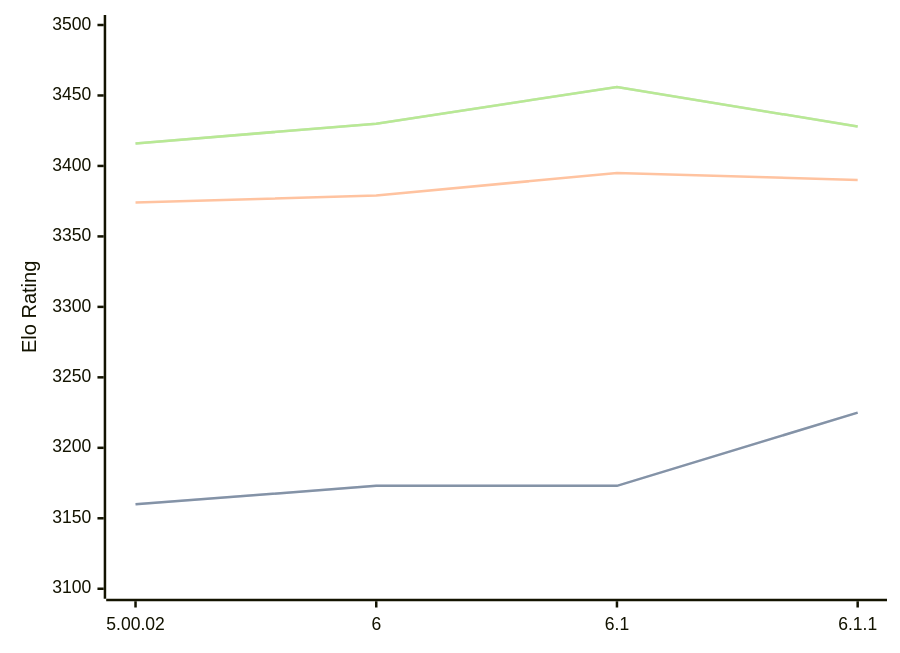
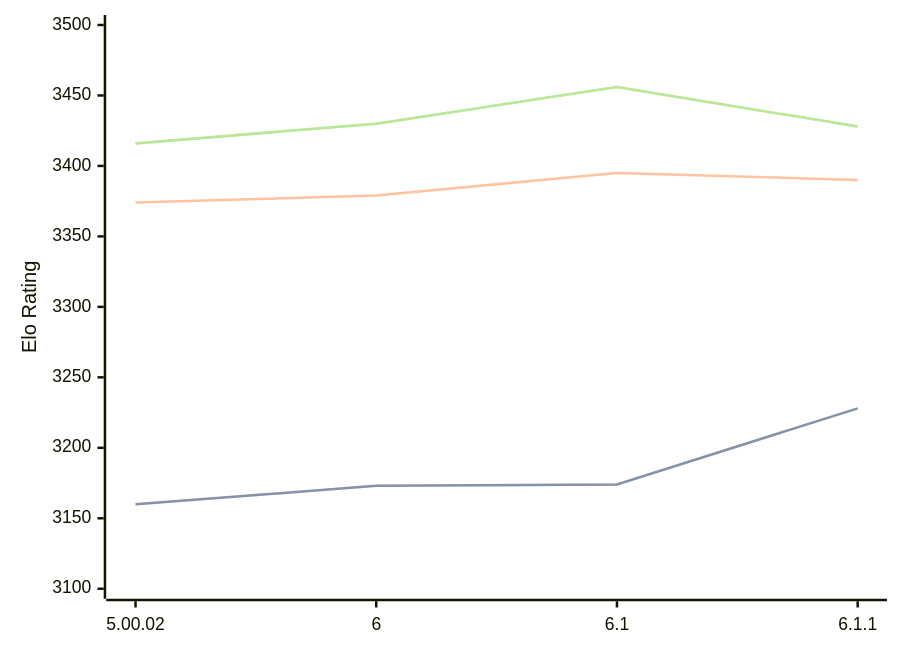
Before and after one commit to computer-chess-index/cci: the diagram in engines/Zangdar.md, drawn with Mermaid. The commit also changed other lines of this file, not shown here.

````diff
--- a/engines/Zangdar.md
+++ b/engines/Zangdar.md
@@ -46,11 +46,11 @@
 ```mermaid
 %%{init: {"theme":"base","themeVariables":{"seriesColors:['#a3a3a3','#222221','#faa371']}}}%%
 xychart-beta
   x-axis ["5.00.02", "6", "6.1", "6.1.1"]
   y-axis "Elo Rating" 3100 --> 3500
-  line "STC (8.0+0.08s)" [3160, 3173, 3173, 3225]
-  line "STC (8.0+0.08s)" [3160, 3173, 3173, 3225]
+  line "STC (8.0+0.08s)" [3160, 3173, 3174, 3228]
+  line "STC (8.0+0.08s)" [3160, 3173, 3174, 3228]
   line "LTC (60.0+0.60s)" [3374, 3379, 3395, 3390]
   line "VLTC (2m24s+1.12s)" [3416, 3430, 3456, 3428]
   line "VLTC (2m24s+1.12s)" [3416, 3430, 3456, 3428]
 ```
````
